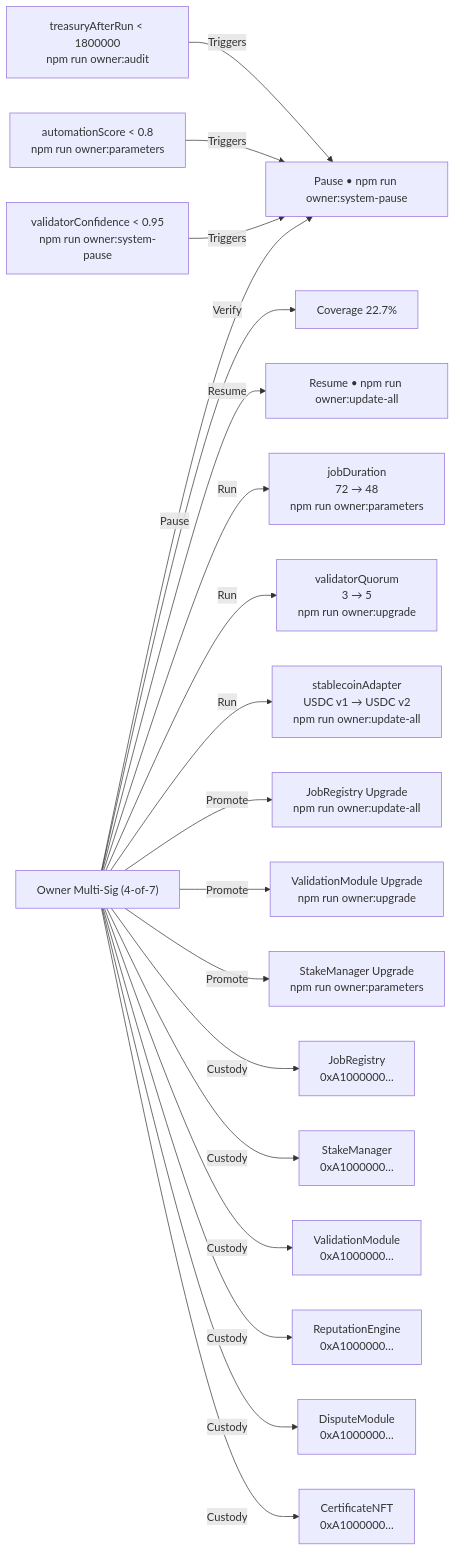
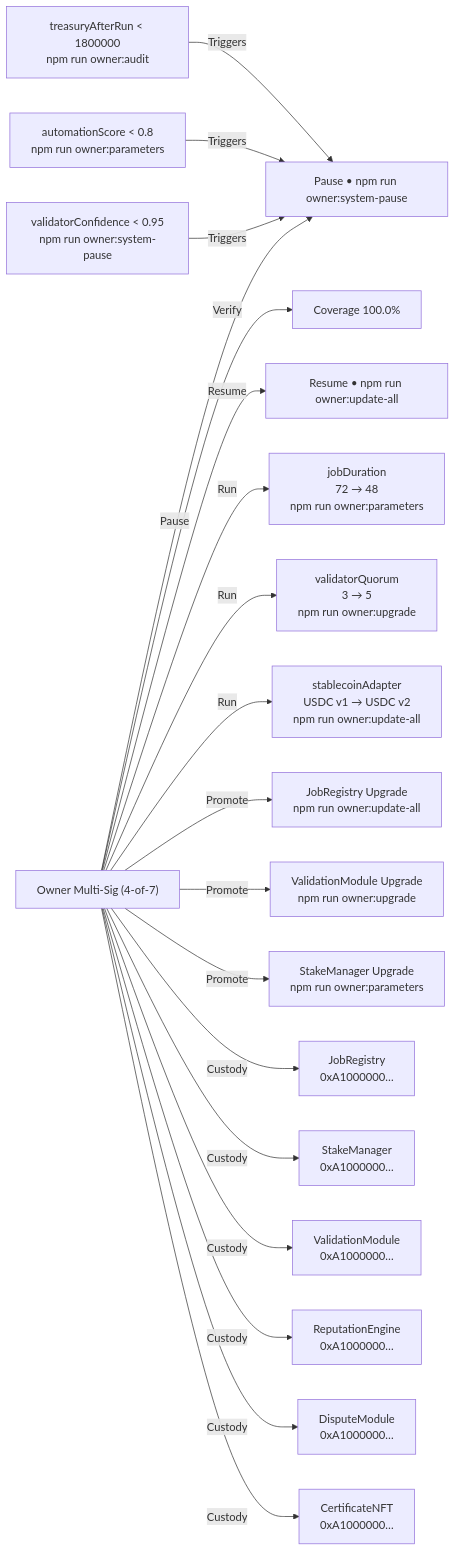
One commit to MontrealAI/AGIJobsv0 changed the diagram in demo/Economic-Power-v0/reports/owner-command.mmd. Above: the diagram before and after it, drawn with Mermaid. The commit also changed 15 other files, not shown here.

```diff
--- a/demo/Economic-Power-v0/reports/owner-command.mmd
+++ b/demo/Economic-Power-v0/reports/owner-command.mmd
@@ -1,38 +1,38 @@
 graph LR
     OwnerMultiSig["Owner Multi-Sig (4-of-7)"]
     PauseCommand["Pause • npm run owner:system-pause"]
     ResumeCommand["Resume • npm run owner:update-all"]
-    CoverageGauge["Coverage 22.7%"]
+    CoverageGauge["Coverage 100.0%"]
     Parameter_0_jobDuration["jobDuration\n72 → 48\nnpm run owner:parameters"]
     Parameter_1_validatorQuorum["validatorQuorum\n3 → 5\nnpm run owner:upgrade"]
     Parameter_2_stablecoinAdapter["stablecoinAdapter\nUSDC v1 → USDC v2\nnpm run owner:update-all"]
     Upgrade_0_JobRegistry["JobRegistry Upgrade\nnpm run owner:update-all"]
     Upgrade_1_ValidationModule["ValidationModule Upgrade\nnpm run owner:upgrade"]
     Upgrade_2_StakeManager["StakeManager Upgrade\nnpm run owner:parameters"]
     Module_0_job_registry["JobRegistry\n0xA1000000…"]
     Module_1_stake_manager["StakeManager\n0xA1000000…"]
     Module_2_validation_module["ValidationModule\n0xA1000000…"]
     Module_3_reputation_engine["ReputationEngine\n0xA1000000…"]
     Module_4_dispute_module["DisputeModule\n0xA1000000…"]
     Module_5_certificate_nft["CertificateNFT\n0xA1000000…"]
     Breaker_0_validatorConfidence["validatorConfidence < 0.95\nnpm run owner:system-pause"]
     Breaker_1_automationScore["automationScore < 0.8\nnpm run owner:parameters"]
     Breaker_2_treasuryAfterRun["treasuryAfterRun < 1800000\nnpm run owner:audit"]
     OwnerMultiSig -->|Verify| CoverageGauge
     OwnerMultiSig -->|Pause| PauseCommand
     OwnerMultiSig -->|Resume| ResumeCommand
     OwnerMultiSig -->|Run| Parameter_0_jobDuration
     OwnerMultiSig -->|Run| Parameter_1_validatorQuorum
     OwnerMultiSig -->|Run| Parameter_2_stablecoinAdapter
     OwnerMultiSig -->|Promote| Upgrade_0_JobRegistry
     OwnerMultiSig -->|Promote| Upgrade_1_ValidationModule
     OwnerMultiSig -->|Promote| Upgrade_2_StakeManager
     OwnerMultiSig -->|Custody| Module_0_job_registry
     OwnerMultiSig -->|Custody| Module_1_stake_manager
     OwnerMultiSig -->|Custody| Module_2_validation_module
     OwnerMultiSig -->|Custody| Module_3_reputation_engine
     OwnerMultiSig -->|Custody| Module_4_dispute_module
     OwnerMultiSig -->|Custody| Module_5_certificate_nft
     Breaker_0_validatorConfidence -->|Triggers| PauseCommand
     Breaker_1_automationScore -->|Triggers| PauseCommand
     Breaker_2_treasuryAfterRun -->|Triggers| PauseCommand
```
